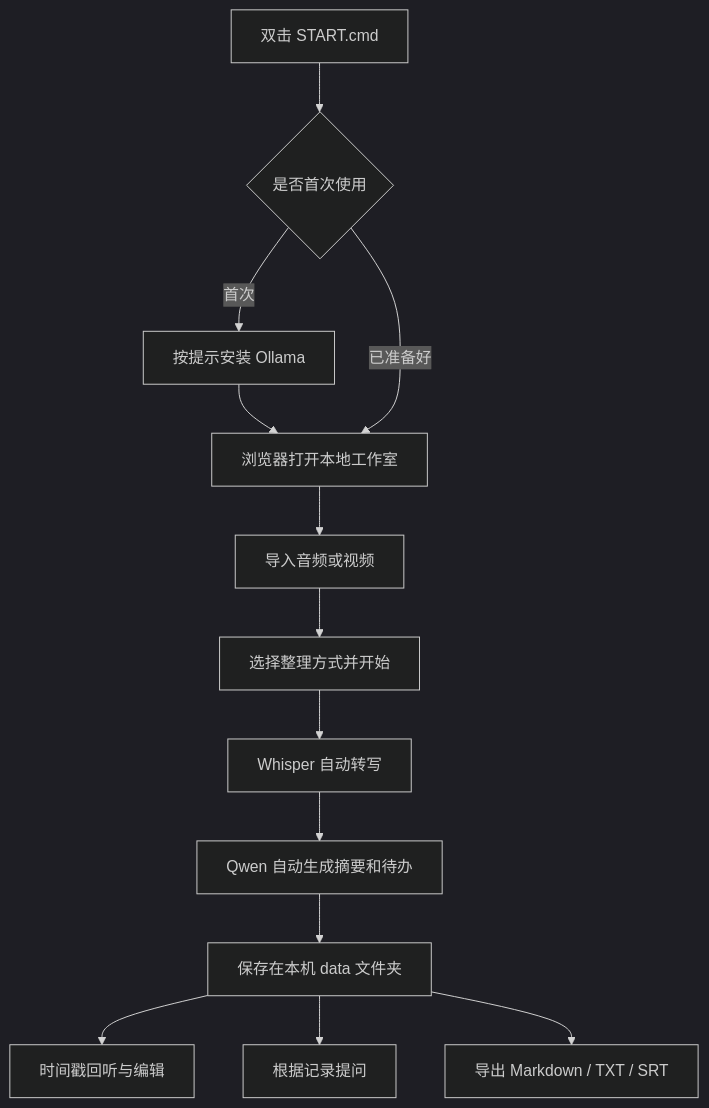
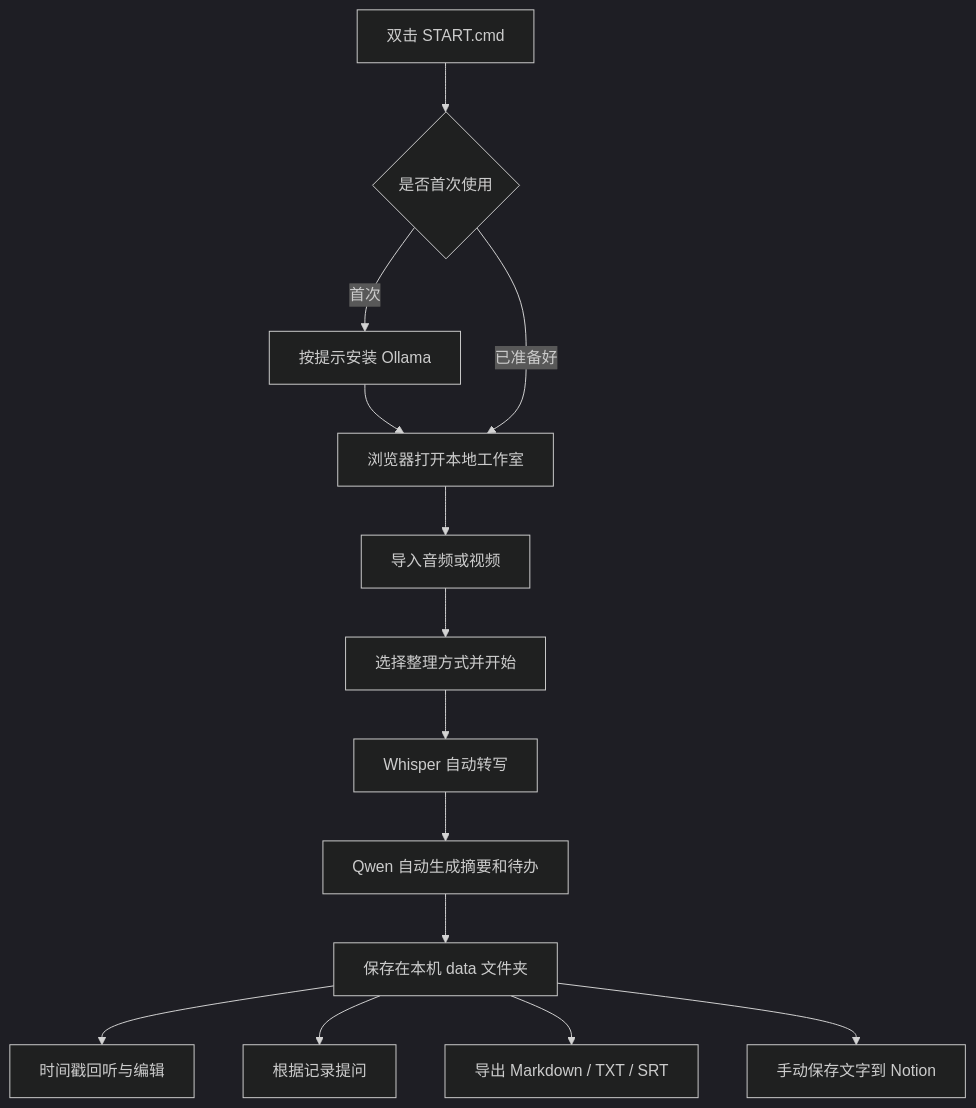
The diagram in README.md (hyaa-debug/echonote-local), drawn with Mermaid (dark theme) before and after one commit. The commit also changed other lines of this file and 11 other files, not shown here.

````diff
--- a/README.md
+++ b/README.md
@@ -9,15 +18,16 @@
 ```mermaid
 flowchart TD
     A[双击 START.cmd] --> B{是否首次使用}
     B -->|首次| C[按提示安装 Ollama]
     C --> D[浏览器打开本地工作室]
     B -->|已准备好| D
     D --> E[导入音频或视频]
     E --> F[选择整理方式并开始]
     F --> G[Whisper 自动转写]
     G --> H[Qwen 自动生成摘要和待办]
     H --> I[保存在本机 data 文件夹]
     I --> J[时间戳回听与编辑]
     I --> K[根据记录提问]
     I --> L[导出 Markdown / TXT / SRT]
+    I --> M[手动保存文字到 Notion]
 ```
````
